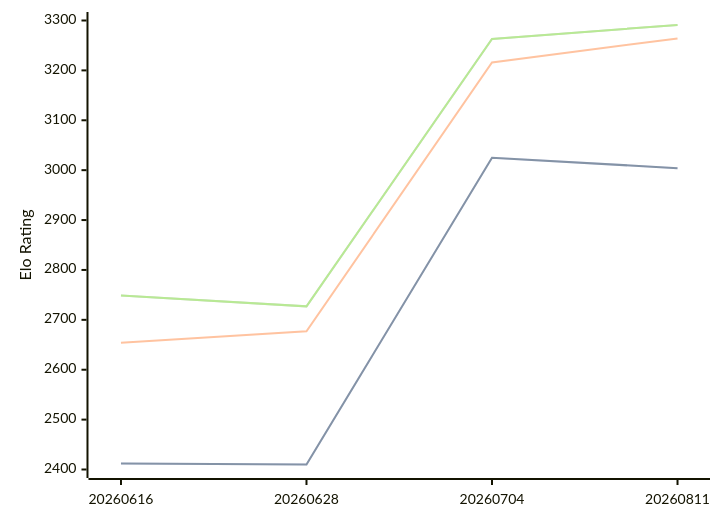
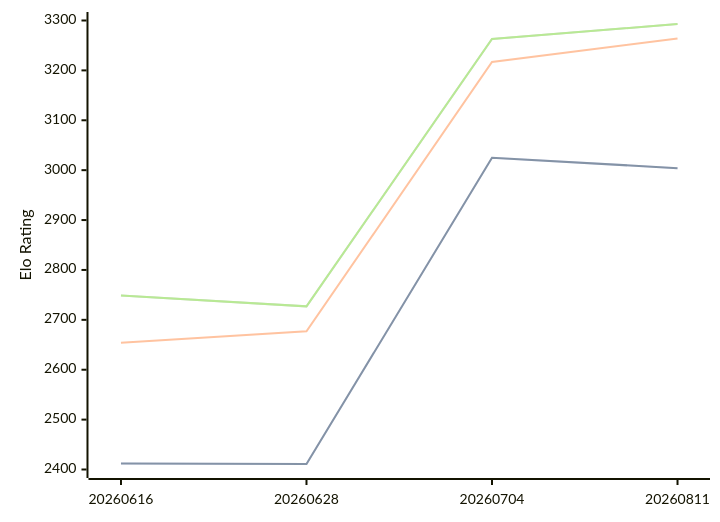
One commit to computer-chess-index/cci changed the diagram in engines/Askaig.md. Above: the diagram before and after it, drawn with Mermaid. The commit also changed other lines of this file, not shown here.

Commit message:
Update CCI Ratings (ELO VLTC) - 2026-10-03

````diff
--- a/engines/Askaig.md
+++ b/engines/Askaig.md
@@ -36,11 +36,11 @@
 ```mermaid
 %%{init: {"theme":"base","themeVariables":{"seriesColors:['#a3a3a3','#222221','#faa371']}}}%%
 xychart-beta
   x-axis ["20260616", "20260628", "20260704", "20260811"]
   y-axis "Elo Rating" 2400 --> 3300
-  line "" [2412, 2410, 3025, 3004]
-  line "STC (8.0+0.08s)" [2412, 2410, 3025, 3004]
-  line "LTC (60.0+0.60s)" [2654, 2677, 3216, 3264]
-  line "" [2749, 2727, 3263, 3291]
-  line "VLTC (2m24s+1.12s)" [2749, 2727, 3263, 3291]
+  line "" [2412, 2411, 3025, 3004]
+  line "STC (8.0+0.08s)" [2412, 2411, 3025, 3004]
+  line "LTC (60.0+0.60s)" [2654, 2677, 3217, 3264]
+  line "" [2749, 2727, 3263, 3293]
+  line "VLTC (2m24s+1.12s)" [2749, 2727, 3263, 3293]
 ```
````
